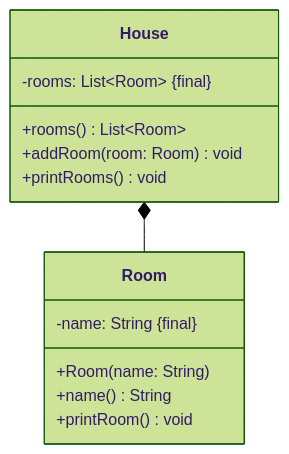
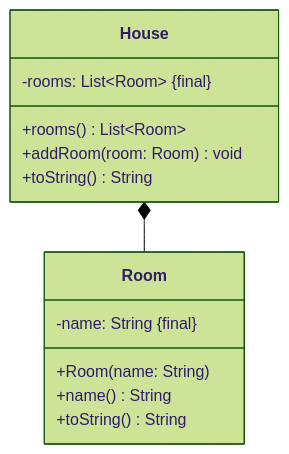
The diagram in docs/exercises/inner-classes/inner-classes01.mdx (jappuccini/java-docs), drawn with Mermaid (forest theme) before and after one commit. The commit also changed other lines of this file and 14 other files, not shown here.

````diff
--- a/docs/exercises/inner-classes/inner-classes01.mdx
+++ b/docs/exercises/inner-classes/inner-classes01.mdx
@@ -16,18 +15,18 @@
 ```mermaid
 classDiagram
     House *-- Room
 
     class House {
         -rooms: List~Room~ &#123final&#125
         +rooms() List~Room~
         +addRoom(room: Room) void
-        +printRooms() void
+        +toString() String
     }
 
     class Room {
         -name: String &#123final&#125
         +Room(name: String)
         +name() String
-        +printRoom() void
+        +toString() String
     }
 ```
````
